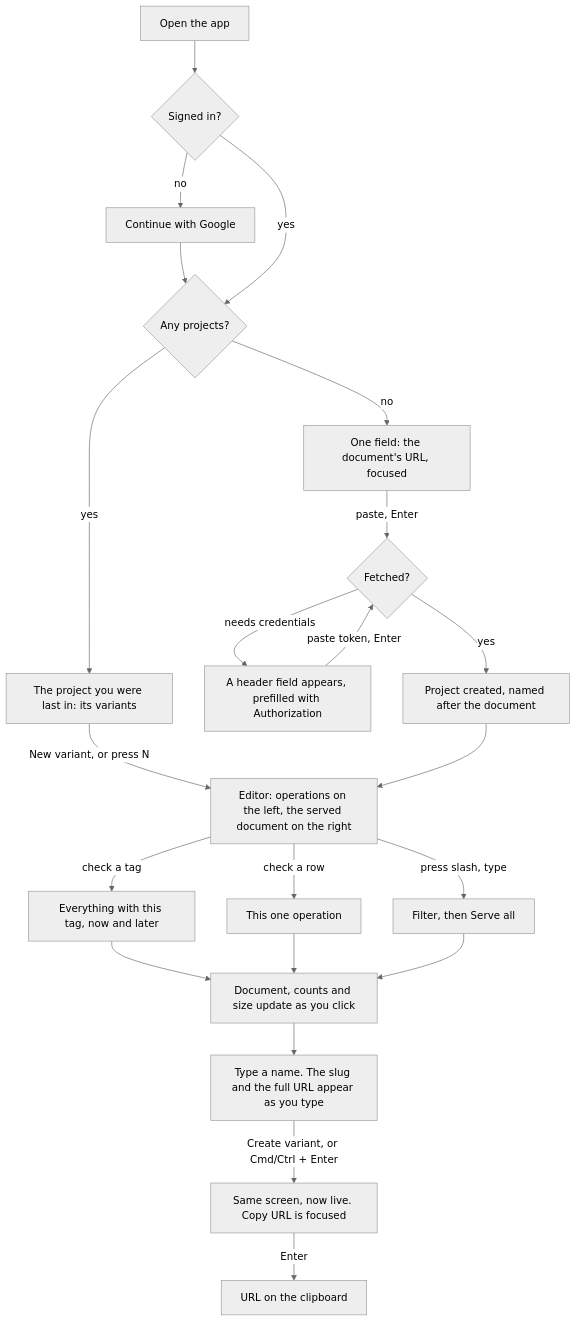
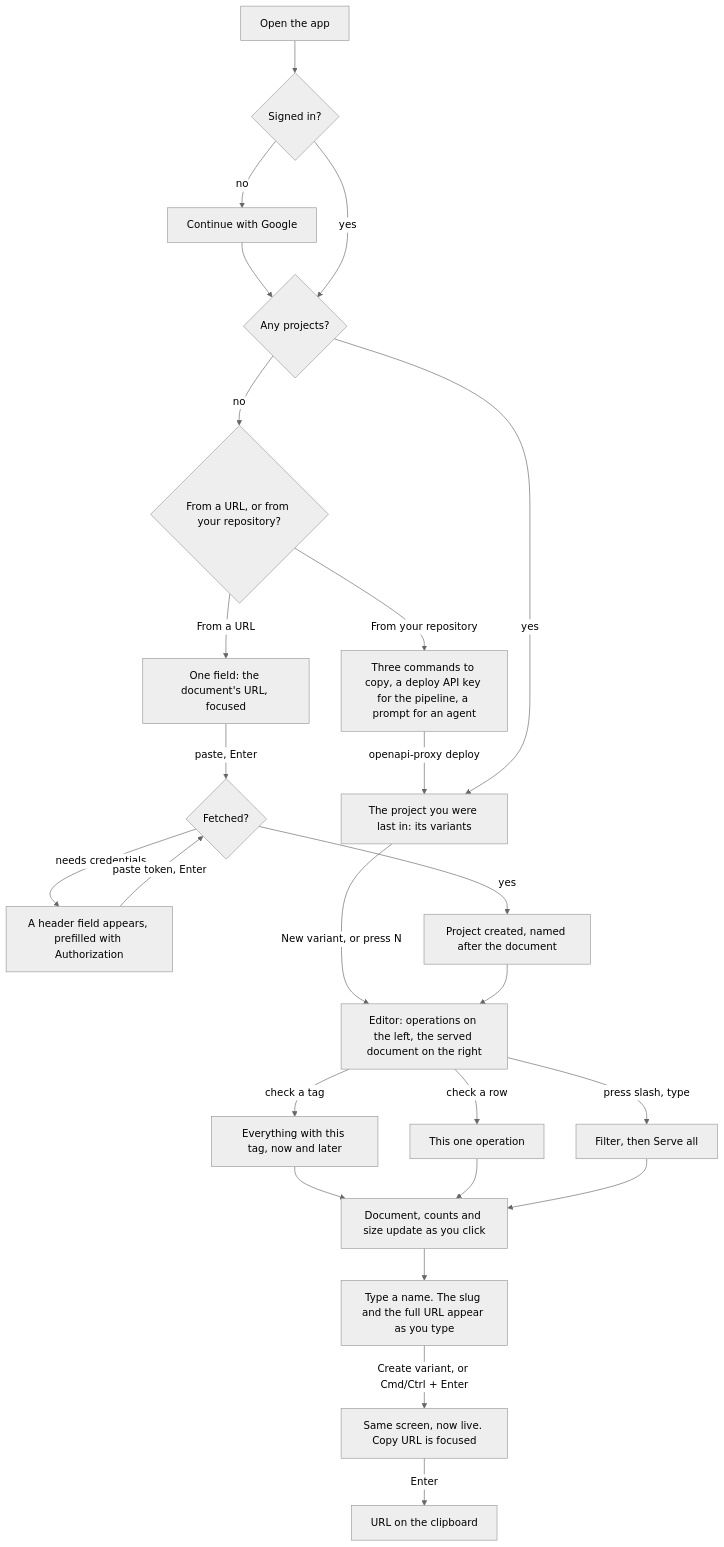
One commit to pipe-0/openapi-proxy changed the diagram in docs/flows.md. Above: the diagram before and after it, drawn with Mermaid (neutral theme). The commit also changed other lines of this file and 52 other files, not shown here.

````diff
--- a/docs/flows.md
+++ b/docs/flows.md
@@ -5,26 +7,29 @@
 ```mermaid
 flowchart TD
     A[Open the app] --> B{Signed in?}
     B -- no --> C[Continue with Google]
     C --> D
     B -- yes --> D{Any projects?}
 
-    D -- no --> E[One field: the document's URL, focused]
+    D -- no --> W{From a URL, or from your repository?}
+    W -- "From a URL" --> E[One field: the document's URL, focused]
+    W -- "From your repository" --> R[Three commands to copy, a deploy API key for the pipeline, a prompt for an agent]
+    R -- "openapi-proxy deploy" --> F
     D -- yes --> F[The project you were last in: its variants]
     F -- "New variant, or press N" --> J
 
     E -- "paste, Enter" --> H{Fetched?}
     H -- needs credentials --> H1[A header field appears, prefilled with Authorization]
     H1 -- "paste token, Enter" --> H
     H -- yes --> I[Project created, named after the document]
     I --> J[Editor: operations on the left, the served document on the right]
 
     J -- check a tag --> J1[Everything with this tag, now and later]
     J -- check a row --> J2[This one operation]
     J -- "press slash, type" --> J3[Filter, then Serve all]
     J1 & J2 & J3 --> K[Document, counts and size update as you click]
 
     K --> L[Type a name. The slug and the full URL appear as you type]
     L -- "Create variant, or Cmd/Ctrl + Enter" --> M[Same screen, now live. Copy URL is focused]
     M -- Enter --> N[URL on the clipboard]
 ```
````
